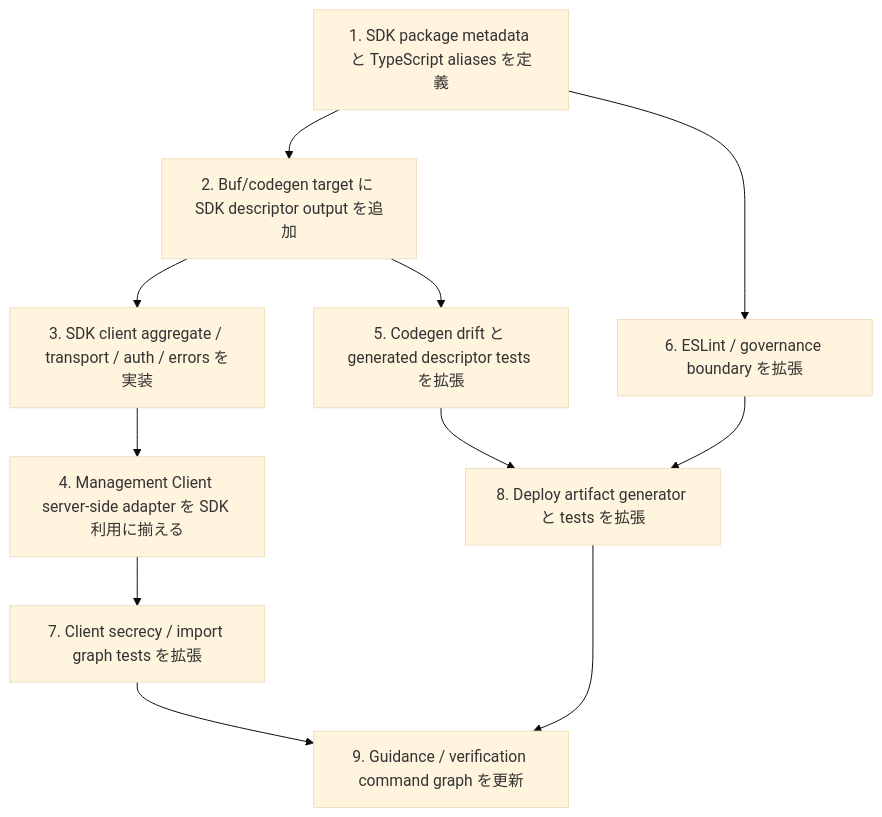
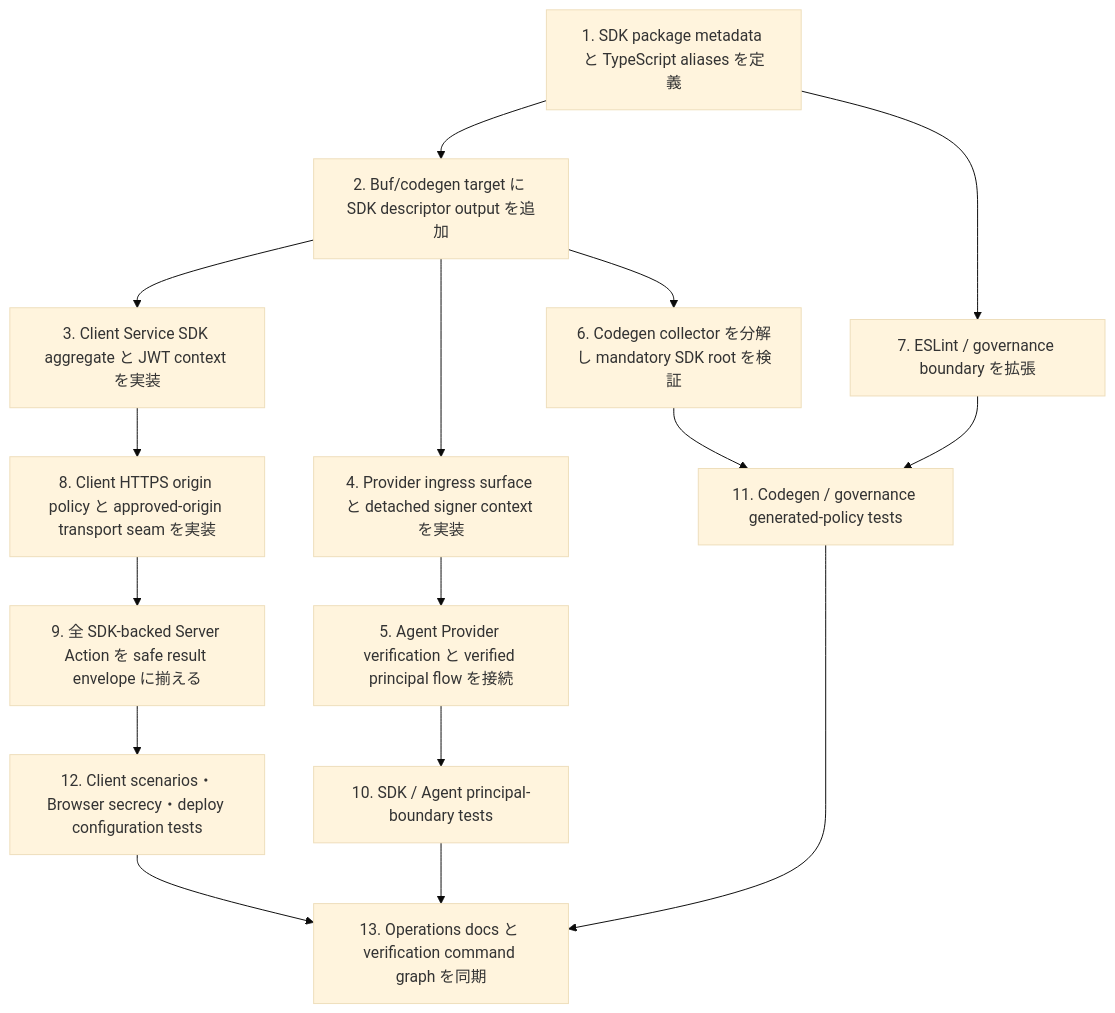
The sixth of 6 diagrams in openspec/changes/introduce-tamac-sdk/design.md (Suzlun/cf-tamac), drawn with Mermaid (base theme) before and after one commit. The commit also changed other lines of this file and 146 other files, not shown here.

Commit message:
feat(sdk): add server-side tamac sdk

````diff
--- a/openspec/changes/introduce-tamac-sdk/design.md
+++ b/openspec/changes/introduce-tamac-sdk/design.md
@@ -341,13 +713,18 @@
 ```mermaid
 flowchart TD
   T1[1. SDK package metadata と TypeScript aliases を定義] --> T2[2. Buf/codegen target に SDK descriptor output を追加]
-  T2 --> T3[3. SDK client aggregate / transport / auth / errors を実装]
-  T3 --> T4[4. Management Client server-side adapter を SDK 利用に揃える]
-  T2 --> T5[5. Codegen drift と generated descriptor tests を拡張]
-  T1 --> T6[6. ESLint / governance boundary を拡張]
-  T4 --> T7[7. Client secrecy / import graph tests を拡張]
-  T5 --> T8[8. Deploy artifact generator と tests を拡張]
-  T6 --> T8
-  T7 --> T9[9. Guidance / verification command graph を更新]
-  T8 --> T9
+  T2 --> T3[3. Client Service SDK aggregate と JWT context を実装]
+  T2 --> T4[4. Provider ingress surface と detached signer context を実装]
+  T4 --> T5[5. Agent Provider verification と verified principal flow を接続]
+  T2 --> T6[6. Codegen collector を分解し mandatory SDK root を検証]
+  T1 --> T7[7. ESLint / governance boundary を拡張]
+  T3 --> T8[8. Client HTTPS origin policy と approved-origin transport seam を実装]
+  T8 --> T9[9. 全 SDK-backed Server Action を safe result envelope に揃える]
+  T5 --> T10[10. SDK / Agent principal-boundary tests]
+  T6 --> T11[11. Codegen / governance generated-policy tests]
+  T7 --> T11
+  T9 --> T12[12. Client scenarios・Browser secrecy・deploy configuration tests]
+  T10 --> T13[13. Operations docs と verification command graph を同期]
+  T11 --> T13
+  T12 --> T13
 ```
````
